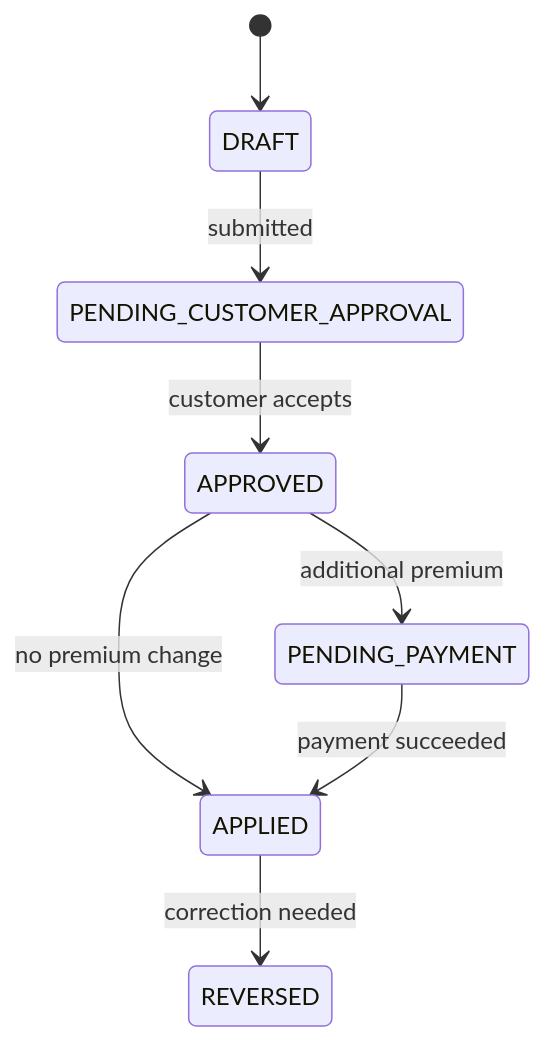
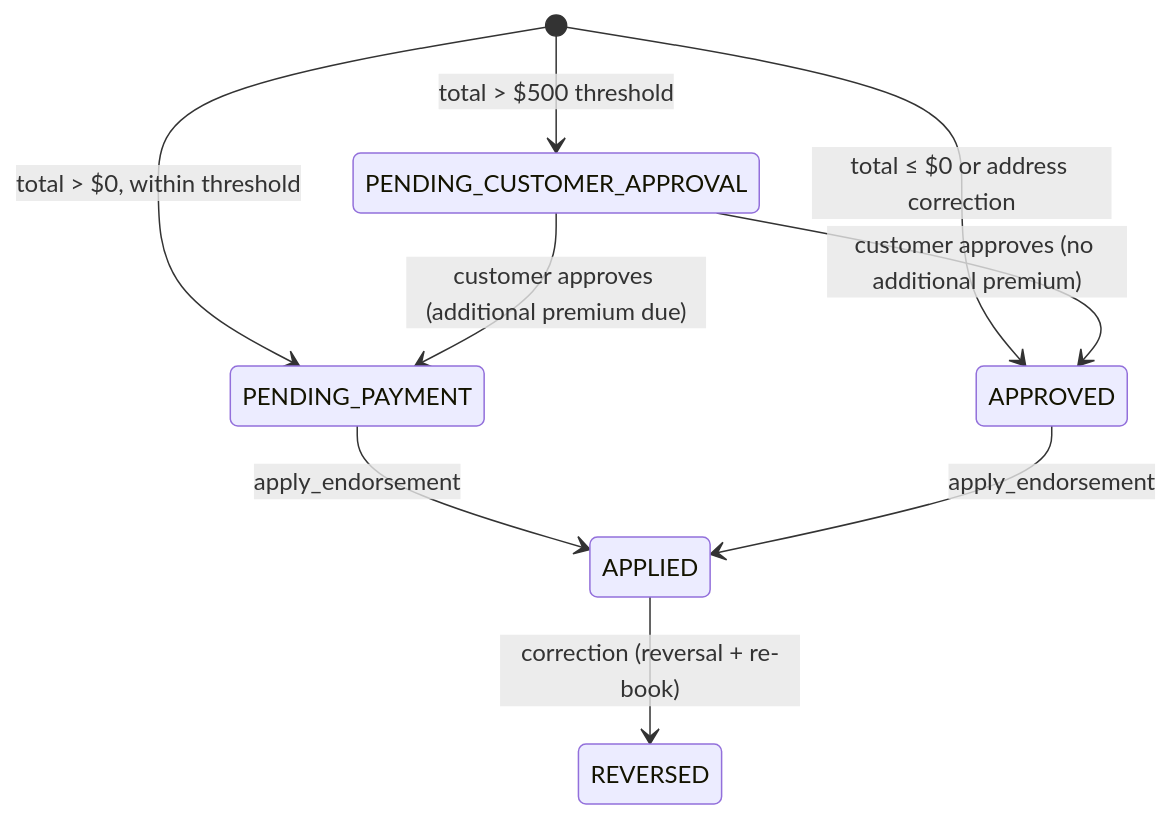
The third of 8 diagrams in docs/STATE_MACHINES.md (staniborII/corgi_policy_administration_t1), drawn with Mermaid before and after one commit. The commit also changed other lines of this file and 36 other files, not shown here.

````diff
--- a/docs/STATE_MACHINES.md
+++ b/docs/STATE_MACHINES.md
@@ -31,10 +31,11 @@
 ```mermaid
 stateDiagram-v2
-    [*] --> DRAFT
-    DRAFT --> PENDING_CUSTOMER_APPROVAL : submitted
-    PENDING_CUSTOMER_APPROVAL --> APPROVED : customer accepts
-    APPROVED --> PENDING_PAYMENT : additional premium
-    APPROVED --> APPLIED : no premium change
-    PENDING_PAYMENT --> APPLIED : payment succeeded
-    APPLIED --> REVERSED : correction needed
+    [*] --> PENDING_CUSTOMER_APPROVAL : total > $500 threshold
+    [*] --> PENDING_PAYMENT : total > $0, within threshold
+    [*] --> APPROVED : total ≤ $0 or address correction
+    PENDING_CUSTOMER_APPROVAL --> PENDING_PAYMENT : customer approves (additional premium due)
+    PENDING_CUSTOMER_APPROVAL --> APPROVED : customer approves (no additional premium)
+    PENDING_PAYMENT --> APPLIED : apply_endorsement
+    APPROVED --> APPLIED : apply_endorsement
+    APPLIED --> REVERSED : correction (reversal + re-book)
 ```
````
